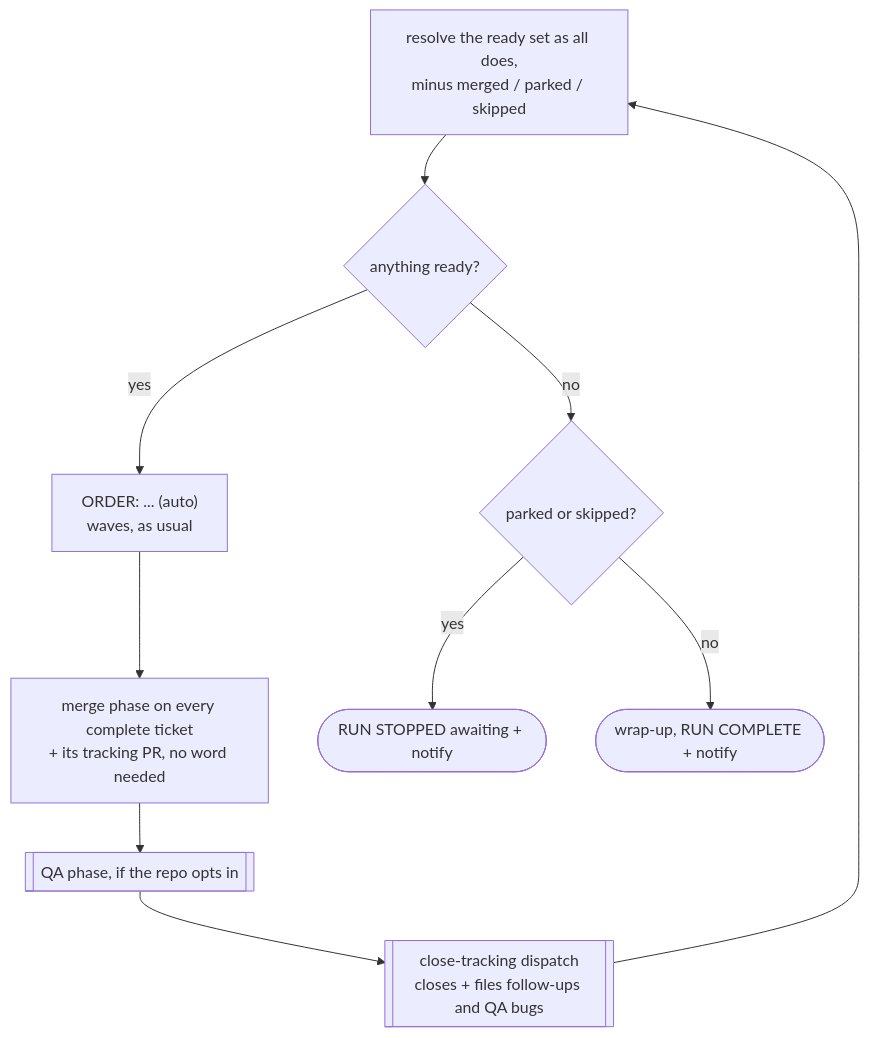
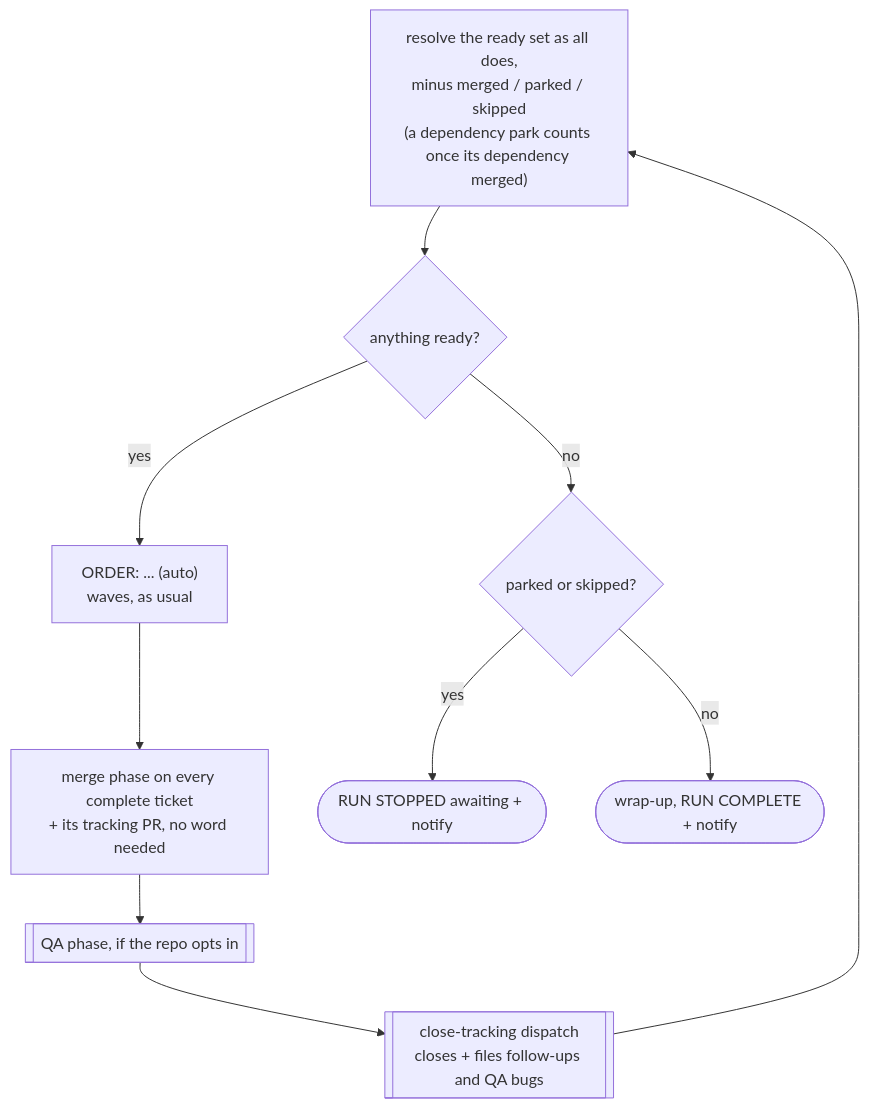
Before and after one commit to kyimoemin/skills: the third of 3 diagrams in sprint/SKILL.md, drawn with Mermaid. The commit also changed other lines of this file and 5 other files, not shown here.

````diff
--- a/sprint/SKILL.md
+++ b/sprint/SKILL.md
@@ -675,16 +725,17 @@
 ```mermaid
 flowchart TB
     pick["resolve the ready set as all does,
-minus merged / parked / skipped"] --> any{anything ready?}
+minus merged / parked / skipped
+(a dependency park counts once its dependency merged)"] --> any{anything ready?}
     any -- "yes" --> pass["ORDER: ... (auto)
 waves, as usual"]
     pass --> merge["merge phase on every complete ticket
 + its tracking PR, no word needed"]
     merge --> qa[["QA phase, if the repo opts in"]]
     qa --> file[["close-tracking dispatch
 closes + files follow-ups and QA bugs"]]
     file --> pick
     any -- "no" --> held{"parked or skipped?"}
     held -- "yes" --> stopped(["RUN STOPPED awaiting + notify"])
     held -- "no" --> complete(["wrap-up, RUN COMPLETE + notify"])
 ```
````
